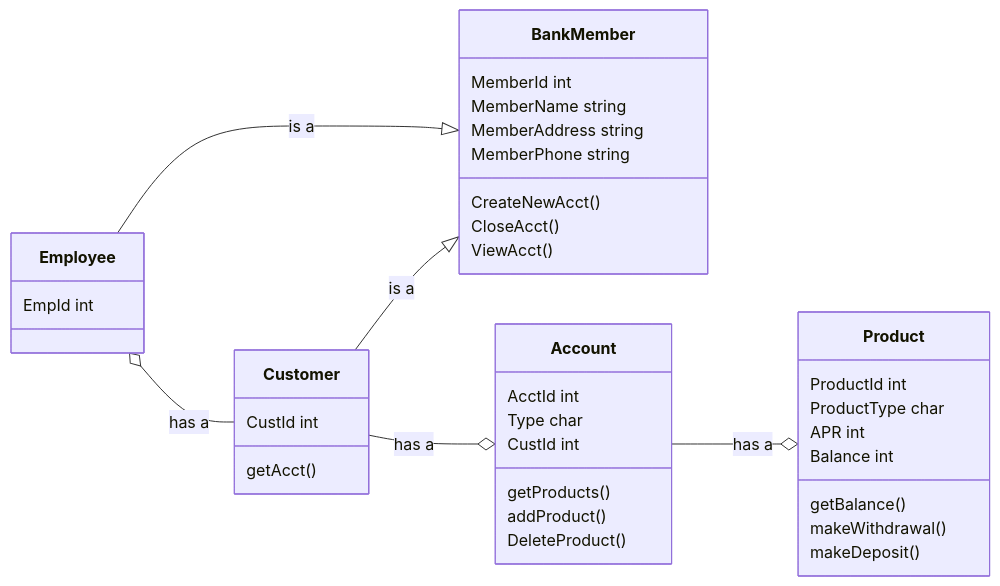
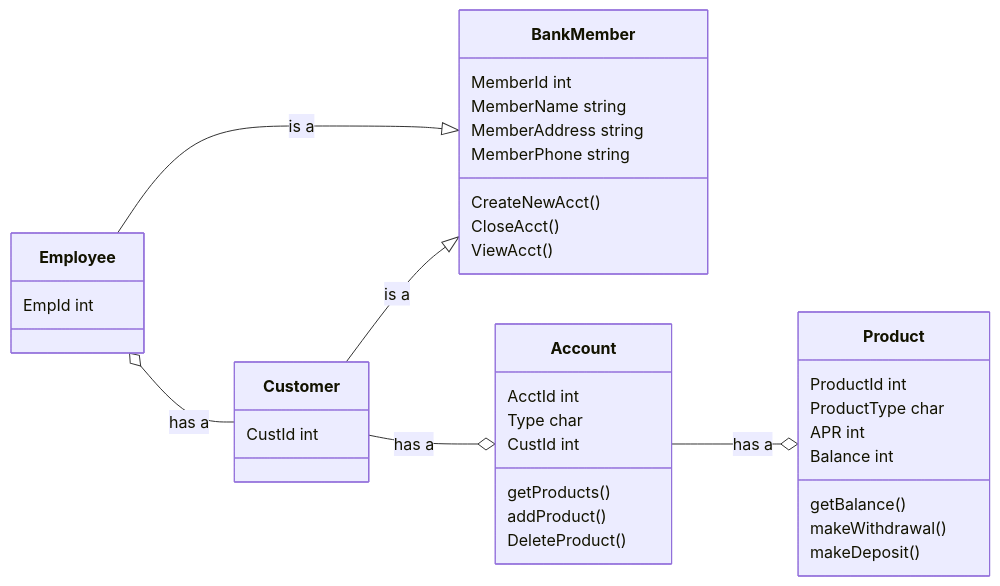
One commit to Marcus-Snell/Test changed the diagram in mermaid.md. Above: the diagram before and after it, drawn with Mermaid.

````diff
--- a/mermaid.md
+++ b/mermaid.md
@@ -1,38 +1,37 @@
 ```mermaid
 classDiagram
 direction LR
 BankMember
 BankMember : MemberId int
 BankMember : MemberName string
 BankMember : MemberAddress string
 BankMember : MemberPhone string
 BankMember : CreateNewAcct()
 BankMember: CloseAcct()
 BankMember : ViewAcct()
 
 Employee --|> BankMember : is a
 Employee o-- Customer : has a
 Employee : EmpId int
 
 Customer --|> BankMember : is a
 Customer --o Account : has a
 Customer : CustId int
-Customer : getAcct()
 
 Account --o Product : has a
 Account : AcctId int
 Account : Type char
 Account : CustId int
 Account : getProducts()
 Account : addProduct()
 Account : DeleteProduct()
 
 Product : ProductId int
 Product : ProductType char
 Product : APR int
 Product : Balance int
 Product : getBalance()
 Product : makeWithdrawal()
 Product : makeDeposit()
 
 ```
````
